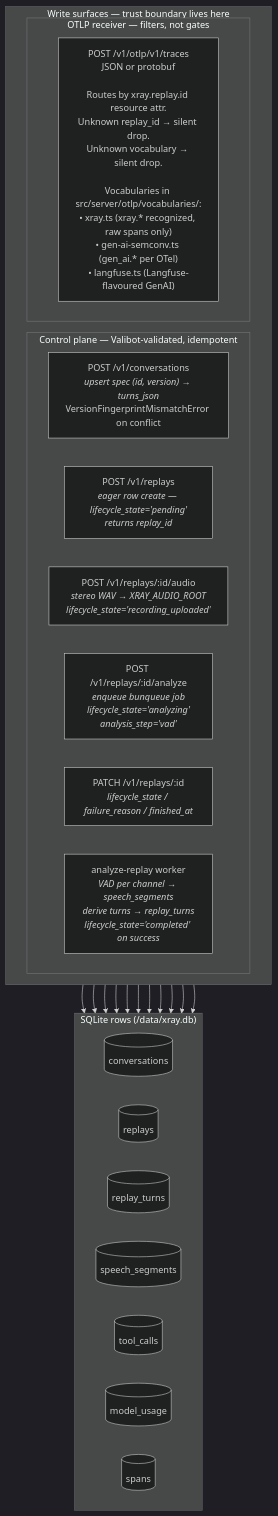
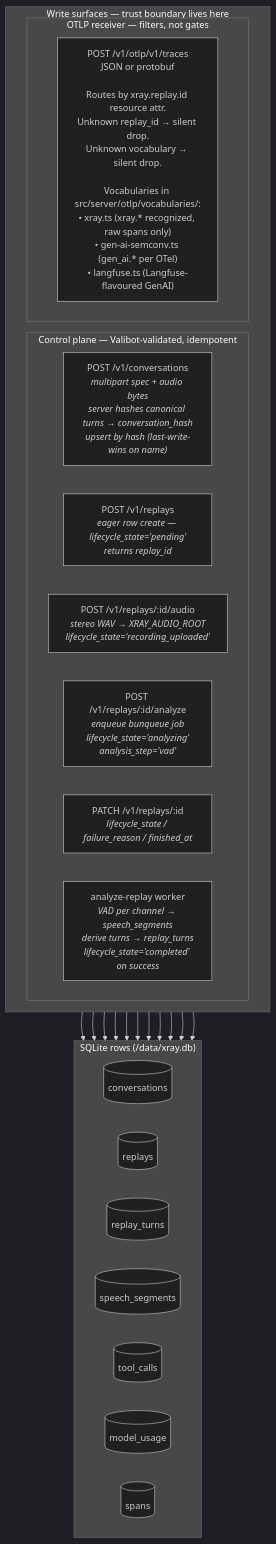
The second of 5 diagrams in docs/architecture.md (xray-eval/xray), drawn with Mermaid (dark theme) before and after one commit. The commit also changed other lines of this file and 70 other files, not shown here.

First line of the commit message:
feat: content-hash conversation identity (server-only hashing) (#64)

````diff
--- a/docs/architecture.md
+++ b/docs/architecture.md
@@ -117,40 +117,40 @@
 ```mermaid
 flowchart TB
     subgraph WRITES["Write surfaces — trust boundary lives here"]
       direction LR
       subgraph CP["Control plane — Valibot-validated, idempotent"]
-        CP1["POST /v1/conversations<br/><i>upsert spec (id, version) → turns_json</i><br/>VersionFingerprintMismatchError on conflict"]
+        CP1["POST /v1/conversations<br/><i>multipart spec + audio bytes<br/>server hashes canonical turns → conversation_hash<br/>upsert by hash (last-write-wins on name)</i>"]
         CP2["POST /v1/replays<br/><i>eager row create — lifecycle_state='pending'<br/>returns replay_id</i>"]
         CP3["POST /v1/replays/:id/audio<br/><i>stereo WAV → XRAY_AUDIO_ROOT<br/>lifecycle_state='recording_uploaded'</i>"]
         CP4["POST /v1/replays/:id/analyze<br/><i>enqueue bunqueue job<br/>lifecycle_state='analyzing'<br/>analysis_step='vad'</i>"]
         CP5["PATCH /v1/replays/:id<br/><i>lifecycle_state / failure_reason / finished_at</i>"]
         CP6["analyze-replay worker<br/><i>VAD per channel → speech_segments<br/>derive turns → replay_turns<br/>lifecycle_state='completed' on success</i>"]
       end
       subgraph RX["OTLP receiver — filters, not gates"]
         RX1["POST /v1/otlp/v1/traces<br/>JSON or protobuf<br/><br/>Routes by xray.replay.id resource attr.<br/>Unknown replay_id → silent drop.<br/>Unknown vocabulary → silent drop.<br/><br/>Vocabularies in src/server/otlp/vocabularies/:<br/>• xray.ts (xray.* recognized, raw spans only)<br/>• gen-ai-semconv.ts (gen_ai.* per OTel)<br/>• langfuse.ts (Langfuse-flavoured GenAI)"]
       end
     end
 
     subgraph TABLES["SQLite rows (/data/xray.db)"]
       direction LR
       T_C[("conversations")]
       T_R[("replays")]
       T_RT[("replay_turns")]
       T_SS[("speech_segments")]
       T_TC[("tool_calls")]
       T_MU[("model_usage")]
       T_S[("spans")]
     end
 
     CP1 --> T_C
     CP2 --> T_R
     CP3 --> T_R
     CP4 --> T_R
     CP5 --> T_R
     CP6 --> T_R
     CP6 --> T_RT
     CP6 --> T_SS
     RX1 --> T_TC
     RX1 --> T_MU
     RX1 --> T_S
 ```
````
